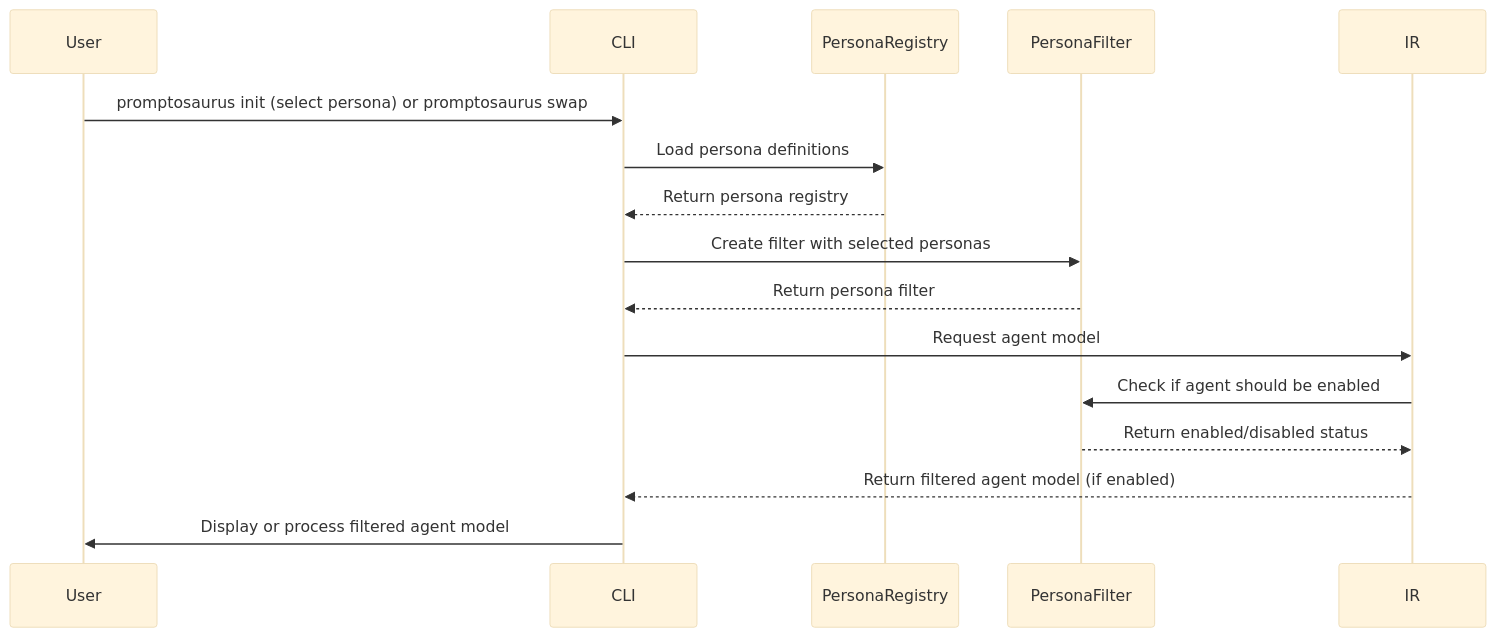
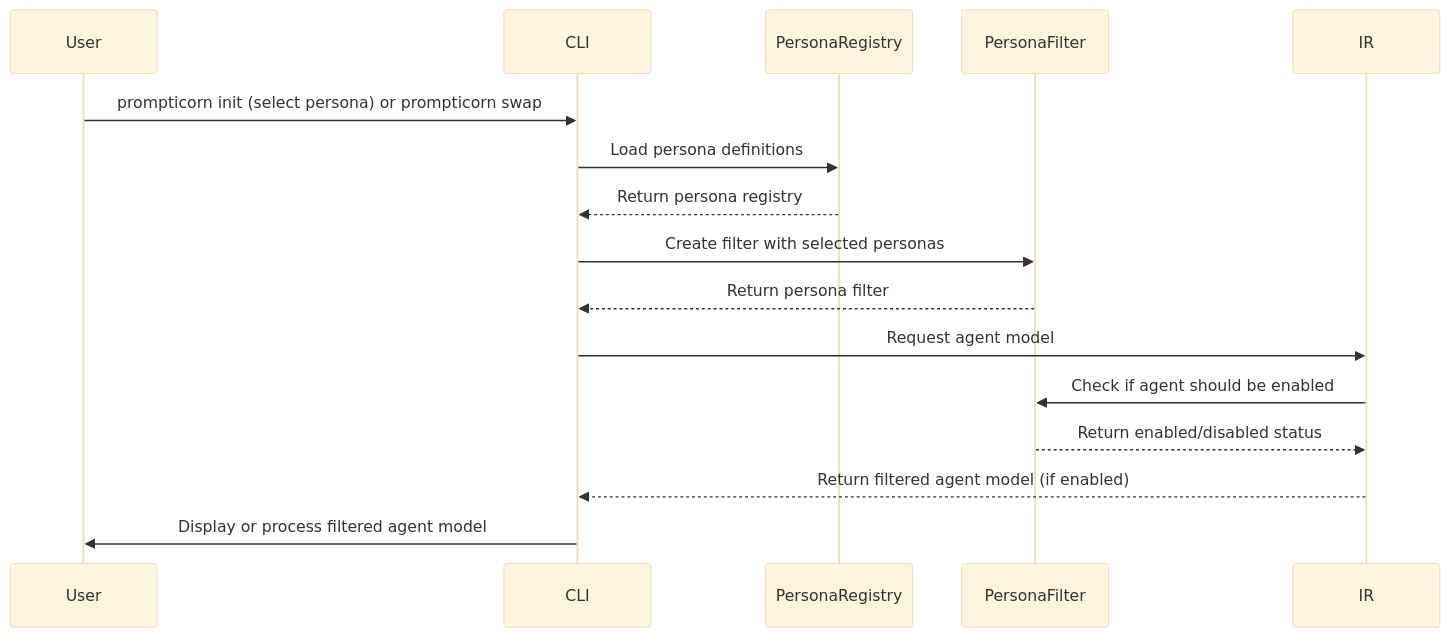
The first of 2 diagrams in docs/components/PERSONA_FILTERING.md (snoodleboot-io/prompticorn), drawn with Mermaid (base theme) before and after one commit. The commit also changed other lines of this file and 1334 other files, not shown here.

````diff
--- a/docs/components/PERSONA_FILTERING.md
+++ b/docs/components/PERSONA_FILTERING.md
@@ -91,19 +91,19 @@
 ```mermaid
 sequenceDiagram
     participant User
     participant CLI
     participant PersonaRegistry
     participant PersonaFilter
     participant IR
     
-    User->>CLI: promptosaurus init (select persona) or promptosaurus swap
+    User->>CLI: prompticorn init (select persona) or prompticorn swap
     CLI->>PersonaRegistry: Load persona definitions
     PersonaRegistry-->>CLI: Return persona registry
     CLI->>PersonaFilter: Create filter with selected personas
     PersonaFilter-->>CLI: Return persona filter
     CLI->>IR: Request agent model
     IR->>PersonaFilter: Check if agent should be enabled
     PersonaFilter-->>IR: Return enabled/disabled status
     IR-->>CLI: Return filtered agent model (if enabled)
     CLI->>User: Display or process filtered agent model
 ```
````
